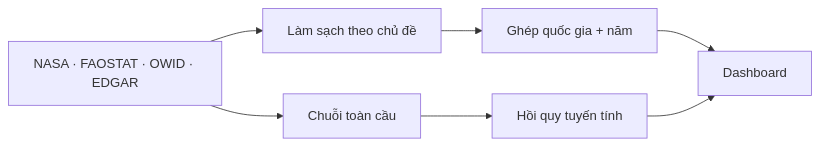
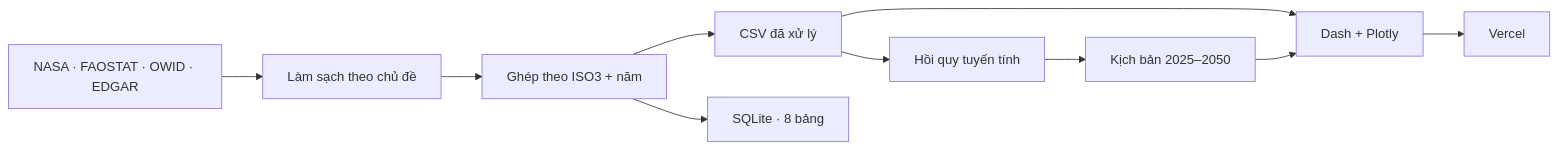
One commit to nguyenkhang310/climate-lab changed the diagram in README.md. Above: the diagram before and after it, drawn with Mermaid. The commit also changed other lines of this file and 29 other files, not shown here.

````diff
--- a/README.md
+++ b/README.md
@@ -75,9 +83,12 @@
 ```mermaid
 flowchart LR
     A["NASA · FAOSTAT · OWID · EDGAR"] --> B["Làm sạch theo chủ đề"]
-    B --> C["Ghép quốc gia + năm"]
-    C --> D["Dashboard"]
-    A --> E["Chuỗi toàn cầu"]
-    E --> F["Hồi quy tuyến tính"]
-    F --> D
+    B --> C["Ghép theo ISO3 + năm"]
+    C --> D["CSV đã xử lý"]
+    C --> E["SQLite · 8 bảng"]
+    D --> F["Dash + Plotly"]
+    D --> G["Hồi quy tuyến tính"]
+    G --> H["Kịch bản 2025–2050"]
+    H --> F
+    F --> I["Vercel"]
 ```
````
